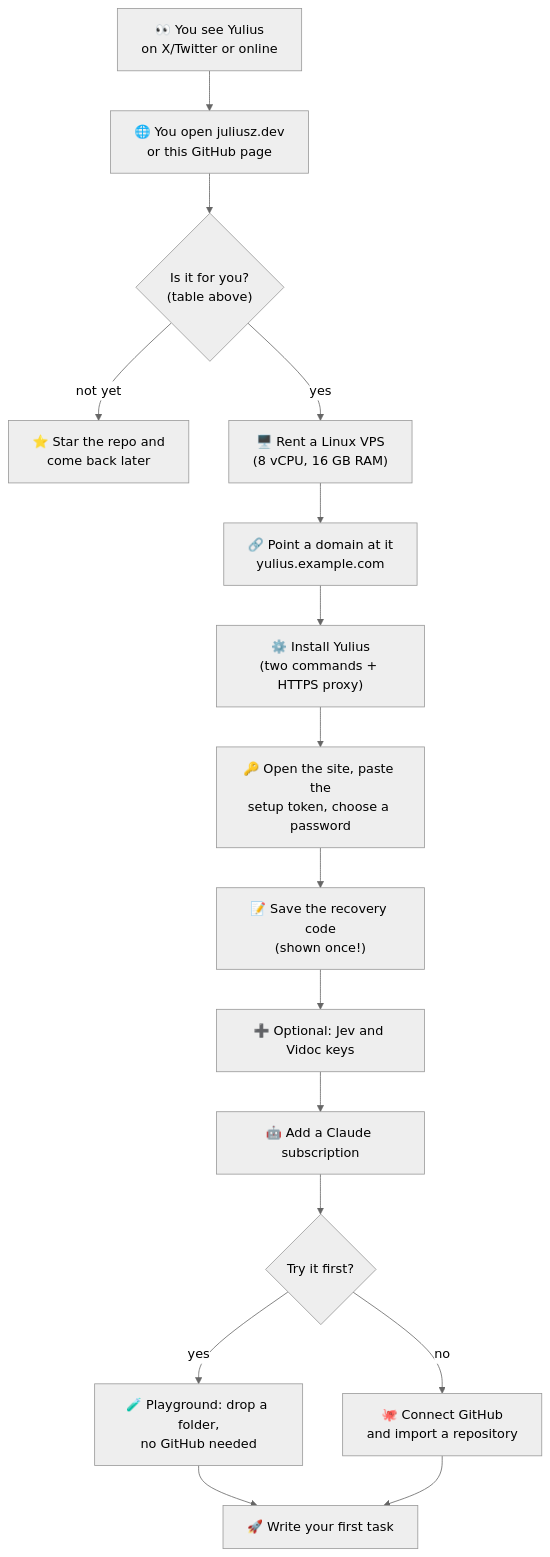
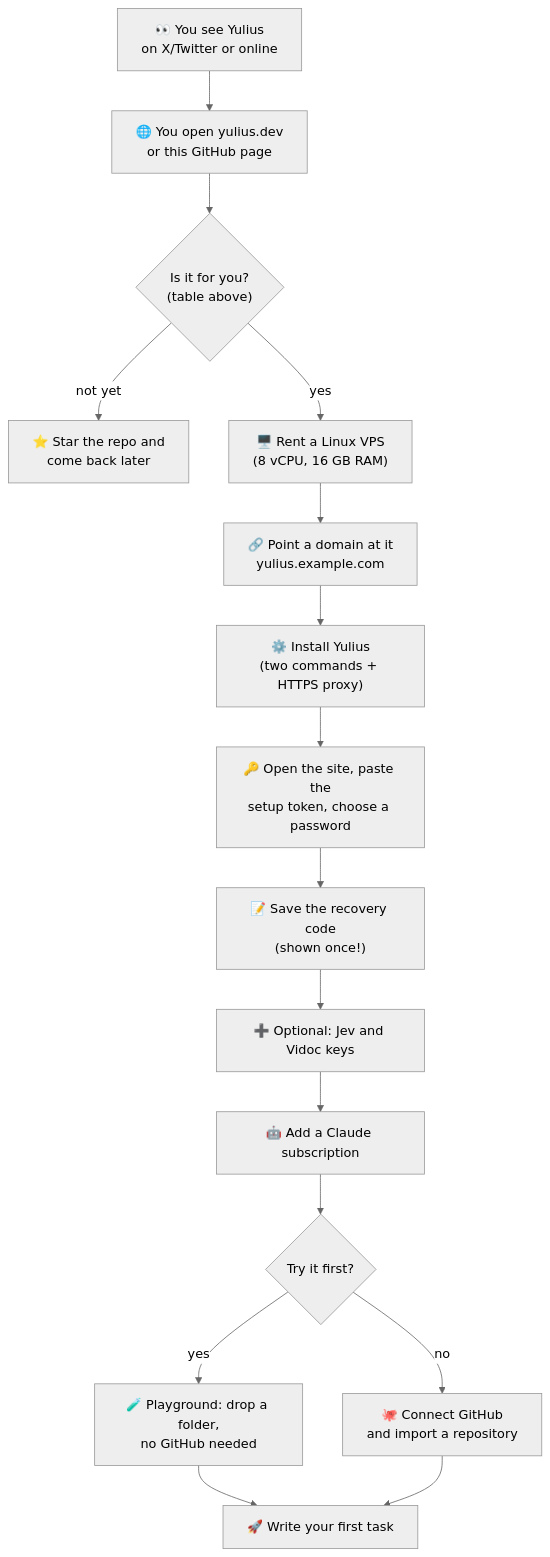
One commit to Quartio-Studio/yulius changed the diagram in README.md. Above: the diagram before and after it, drawn with Mermaid (neutral theme).

Commit message:
docs(README): the diagram names yulius.dev too
The 'From curious to first task' diagram still named juliusz.dev; #1149
fixed only the note on line 12.

````diff
--- a/README.md
+++ b/README.md
@@ -45,18 +45,18 @@
 ```mermaid
 flowchart TD
-    A["👀 You see Yulius<br/>on X/Twitter or online"] --> B["🌐 You open juliusz.dev<br/>or this GitHub page"]
+    A["👀 You see Yulius<br/>on X/Twitter or online"] --> B["🌐 You open yulius.dev<br/>or this GitHub page"]
     B --> C{"Is it for you?<br/>(table above)"}
     C -- "not yet" --> Z["⭐ Star the repo and<br/>come back later"]
     C -- "yes" --> D["🖥️ Rent a Linux VPS<br/>(8 vCPU, 16 GB RAM)"]
     D --> E["🔗 Point a domain at it<br/>yulius.example.com"]
     E --> F["⚙️ Install Yulius<br/>(two commands + HTTPS proxy)"]
     F --> G["🔑 Open the site, paste the<br/>setup token, choose a password"]
     G --> H["📝 Save the recovery code<br/>(shown once!)"]
     H --> I["➕ Optional: Jev and Vidoc keys"]
     I --> J["🤖 Add a Claude subscription"]
     J --> K{"Try it first?"}
     K -- "yes" --> L["🧪 Playground: drop a folder,<br/>no GitHub needed"]
     K -- "no" --> M["🐙 Connect GitHub<br/>and import a repository"]
     L --> N["🚀 Write your first task"]
     M --> N
 ```
````
